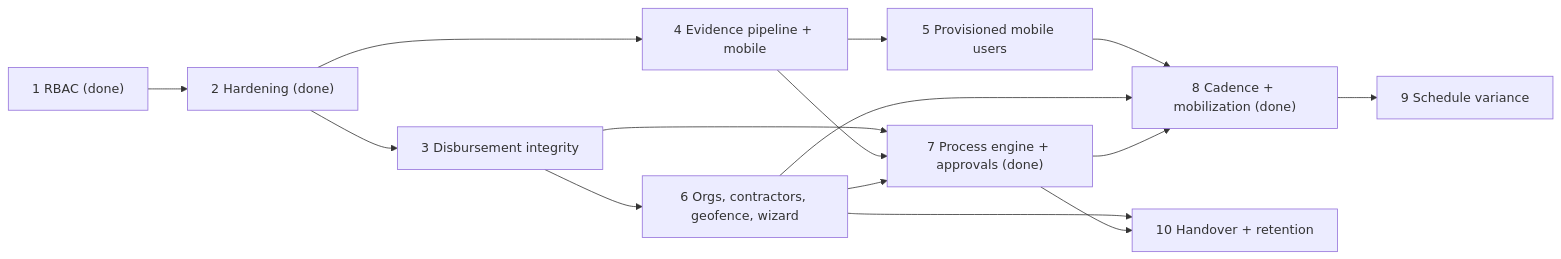
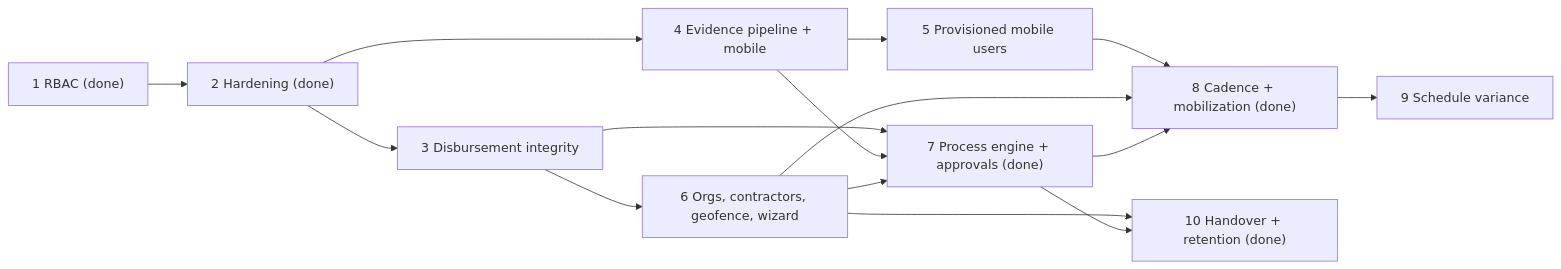
One commit to kpmg-tochi/inSite-Assurance changed the first of 2 diagrams in saas_updates/saas_implementation_plan.md. Above: the diagram before and after it, drawn with Mermaid. The commit also changed other lines of this file and 124 other files, not shown here.

````diff
--- a/saas_updates/saas_implementation_plan.md
+++ b/saas_updates/saas_implementation_plan.md
@@ -80,17 +80,17 @@
 ```mermaid
 flowchart LR
     P1["1 RBAC (done)"] --> P2["2 Hardening (done)"]
     P2 --> P3["3 Disbursement integrity"]
     P2 --> P4["4 Evidence pipeline + mobile"]
     P3 --> P6["6 Orgs, contractors, geofence, wizard"]
     P4 --> P5["5 Provisioned mobile users"]
     P3 --> P7["7 Process engine + approvals (done)"]
     P4 --> P7
     P6 --> P7
     P5 --> P8["8 Cadence + mobilization (done)"]
     P6 --> P8
     P7 --> P8
     P8 --> P9["9 Schedule variance"]
-    P6 --> P10["10 Handover + retention"]
+    P6 --> P10["10 Handover + retention (done)"]
     P7 --> P10
 ```
````
